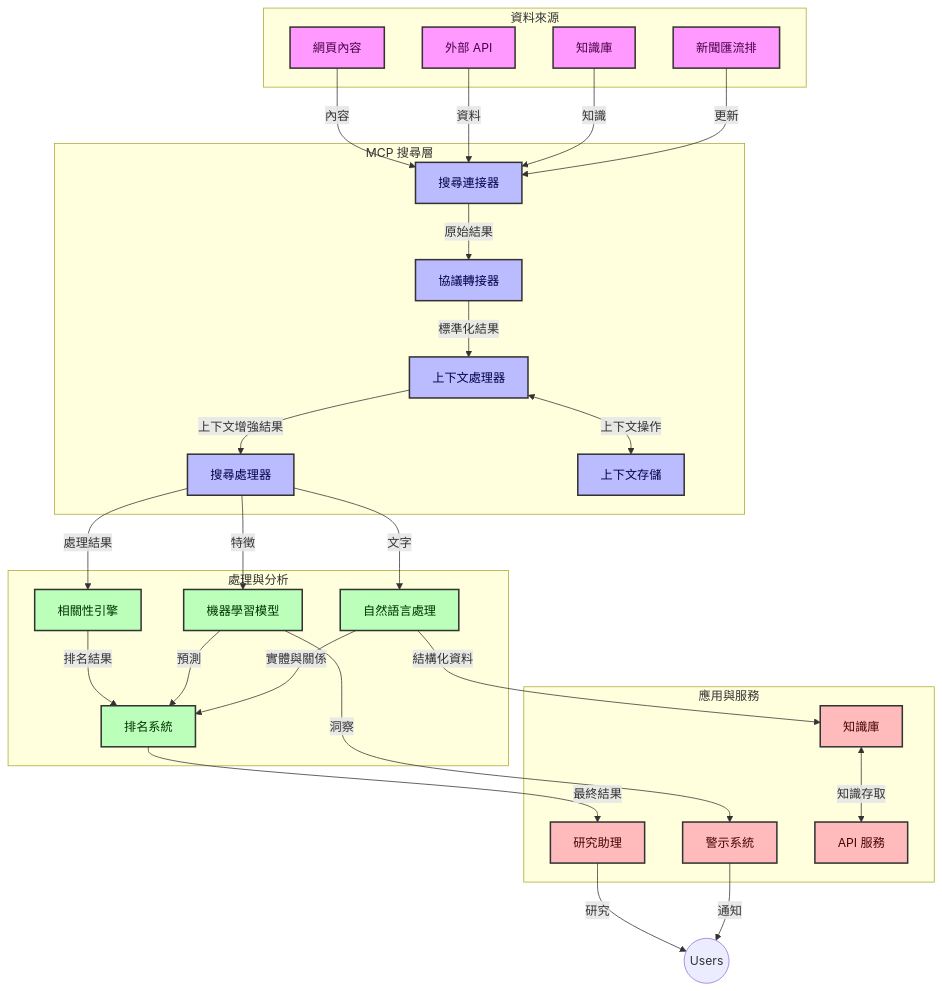
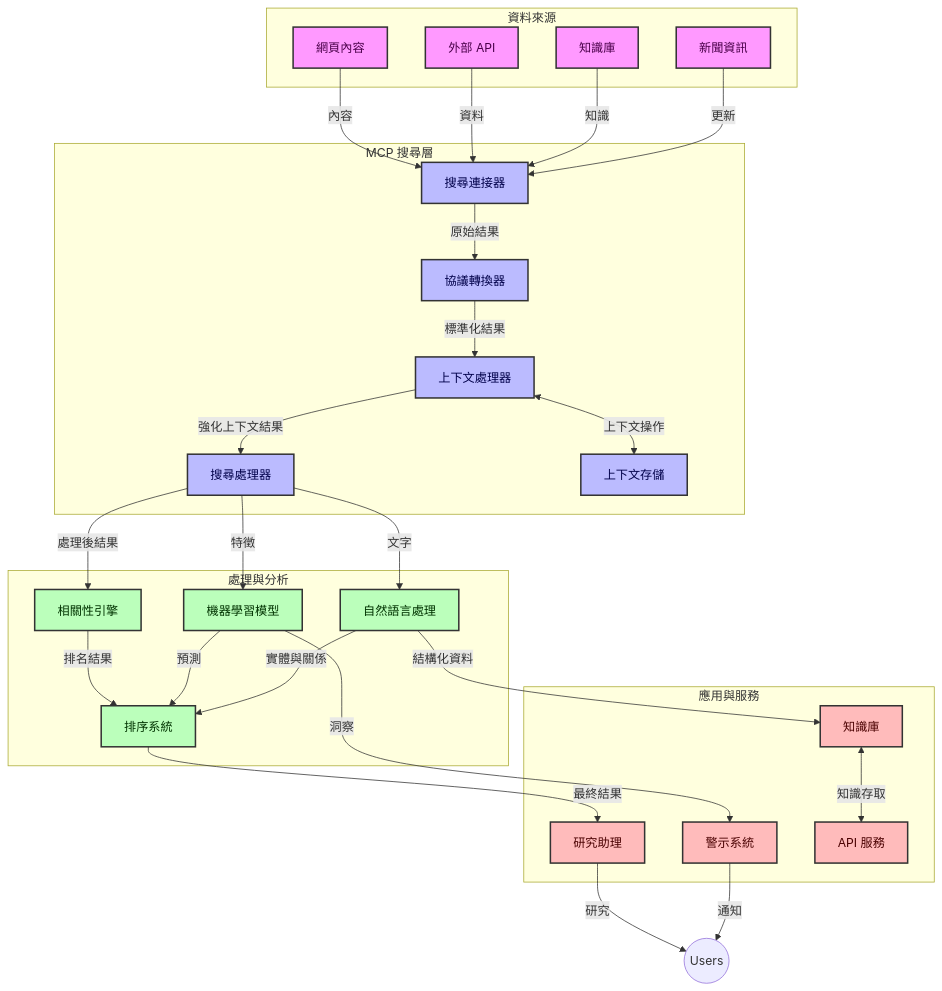
One commit to microsoft/mcp-for-beginners changed the first of 4 diagrams in translations/zh-TW/05-AdvancedTopics/mcp-realtimesearch/README.md. Above: the diagram before and after it, drawn with Mermaid. The commit also changed other lines of this file and 103 other files, not shown here.

````diff
--- a/translations/zh-TW/05-AdvancedTopics/mcp-realtimesearch/README.md
+++ b/translations/zh-TW/05-AdvancedTopics/mcp-realtimesearch/README.md
@@ -109,66 +109,66 @@
 ```mermaid
 graph TD
     subgraph "資料來源"
         Web[網頁內容]
         APIs[外部 API]
         DB[知識庫]
-        News[新聞匯流排]
+        News[新聞資訊]
     end
 
     subgraph "MCP 搜尋層"
         SC[搜尋連接器]
-        PA[協議轉接器]
+        PA[協議轉換器]
         CH[上下文處理器]
         SP[搜尋處理器]
         CS[上下文存儲]
     end
 
     subgraph "處理與分析"
         RE[相關性引擎]
         ML[機器學習模型]
         NLP[自然語言處理]
-        Rank[排名系統]
+        Rank[排序系統]
     end
 
     subgraph "應用與服務"
         RA[研究助理]
         Alerts[警示系統]
         KB[知識庫]
         API[API 服務]
     end
 
     Web -->|內容| SC
     APIs -->|資料| SC
     DB -->|知識| SC
     News -->|更新| SC
     
     SC -->|原始結果| PA
     PA -->|標準化結果| CH
     CH <-->|上下文操作| CS
-    CH -->|上下文增強結果| SP
-    SP -->|處理結果| RE
+    CH -->|強化上下文結果| SP
+    SP -->|處理後結果| RE
     SP -->|特徵| ML
     SP -->|文字| NLP
     
     RE -->|排名結果| Rank
     ML -->|預測| Rank
     NLP -->|實體與關係| Rank
     
     Rank -->|最終結果| RA
     ML -->|洞察| Alerts
     NLP -->|結構化資料| KB
     
     RA -->|研究| Users((Users))
     Alerts -->|通知| Users
     KB <-->|知識存取| API
 
     classDef sources fill:#f9f,stroke:#333,stroke-width:2px,color:#4a004a
     classDef mcp fill:#bbf,stroke:#333,stroke-width:2px,color:#00004a
     classDef processing fill:#bfb,stroke:#333,stroke-width:2px,color:#003300
     classDef apps fill:#fbb,stroke:#333,stroke-width:2px,color:#4a0000
     
     class Web,APIs,DB,News sources
     class SC,PA,CH,SP,CS mcp
     class RE,ML,NLP,Rank processing
     class RA,Alerts,KB,API apps
 ```
````
